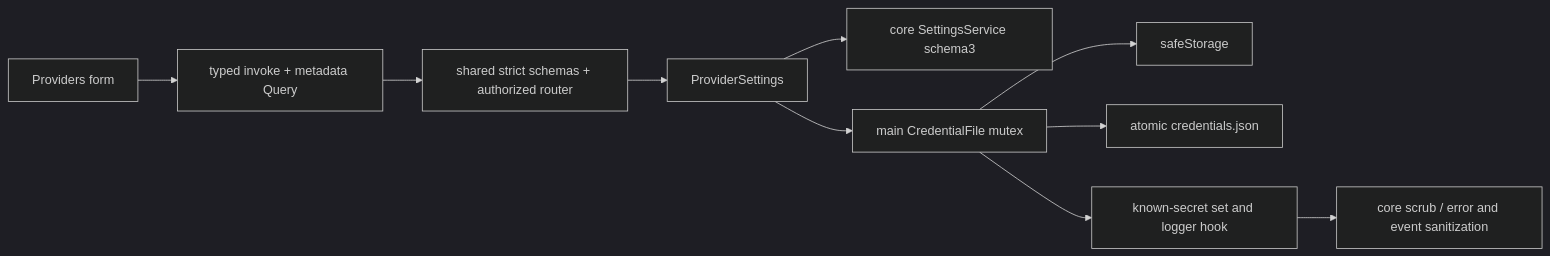
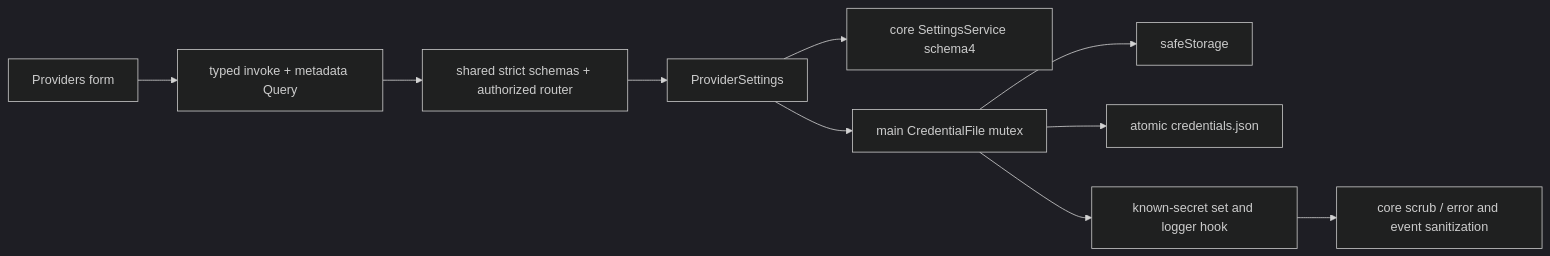
Before and after one commit to DDP-Engineering/2026_Virtual_Embedded_Rig_Assistant: the diagram in .agentic/knowledge/providers.md, drawn with Mermaid (dark theme). The commit also changed other lines of this file and 73 other files, not shown here.

````diff
--- a/.agentic/knowledge/providers.md
+++ b/.agentic/knowledge/providers.md
@@ -76,12 +76,12 @@
 ```mermaid
 flowchart LR
  UI[Providers form] --> API[typed invoke + metadata Query]
  API --> IPC[shared strict schemas + authorized router]
  IPC --> Main[ProviderSettings]
- Main --> Settings[core SettingsService schema3]
+ Main --> Settings[core SettingsService schema4]
  Main --> Store[main CredentialFile mutex]
  Store --> Crypto[safeStorage]
  Store --> Files[atomic credentials.json]
  Store --> Registry[known-secret set and logger hook]
  Registry --> Scrub[core scrub / error and event sanitization]
 ```
````
